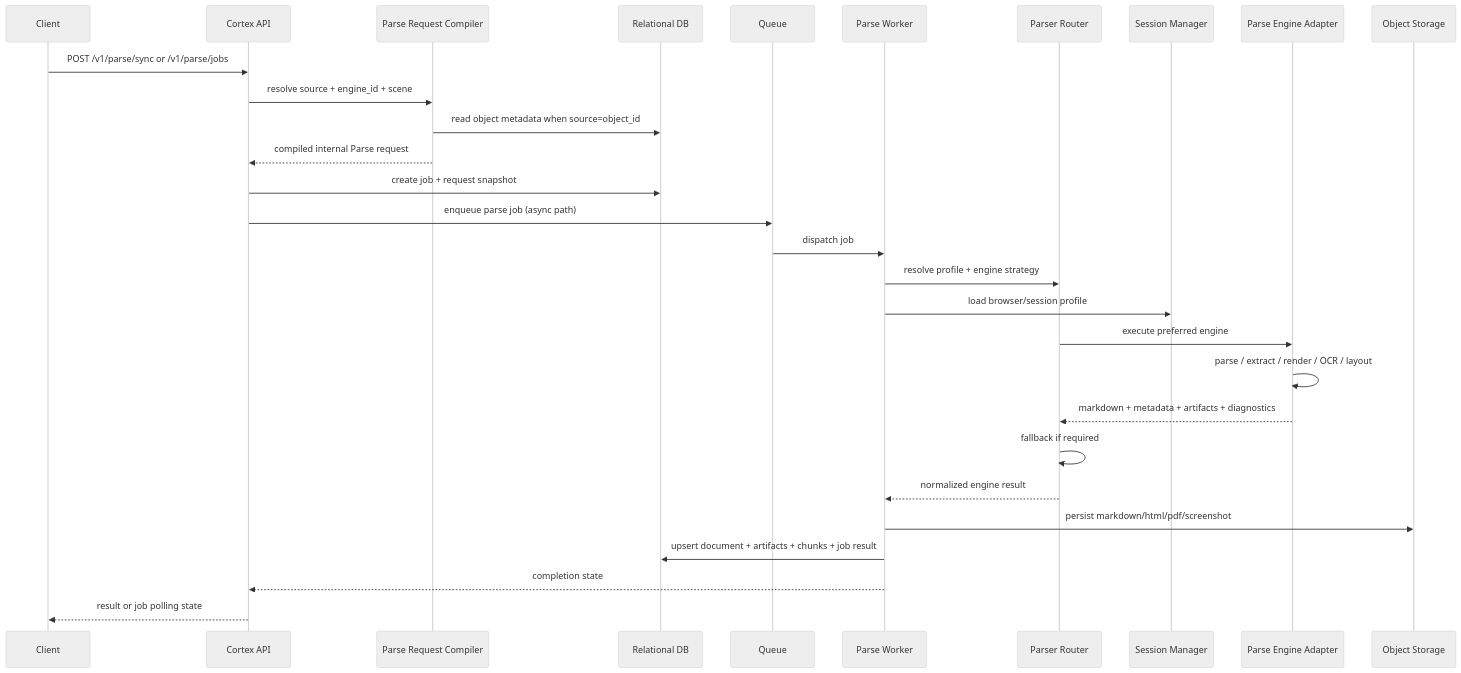
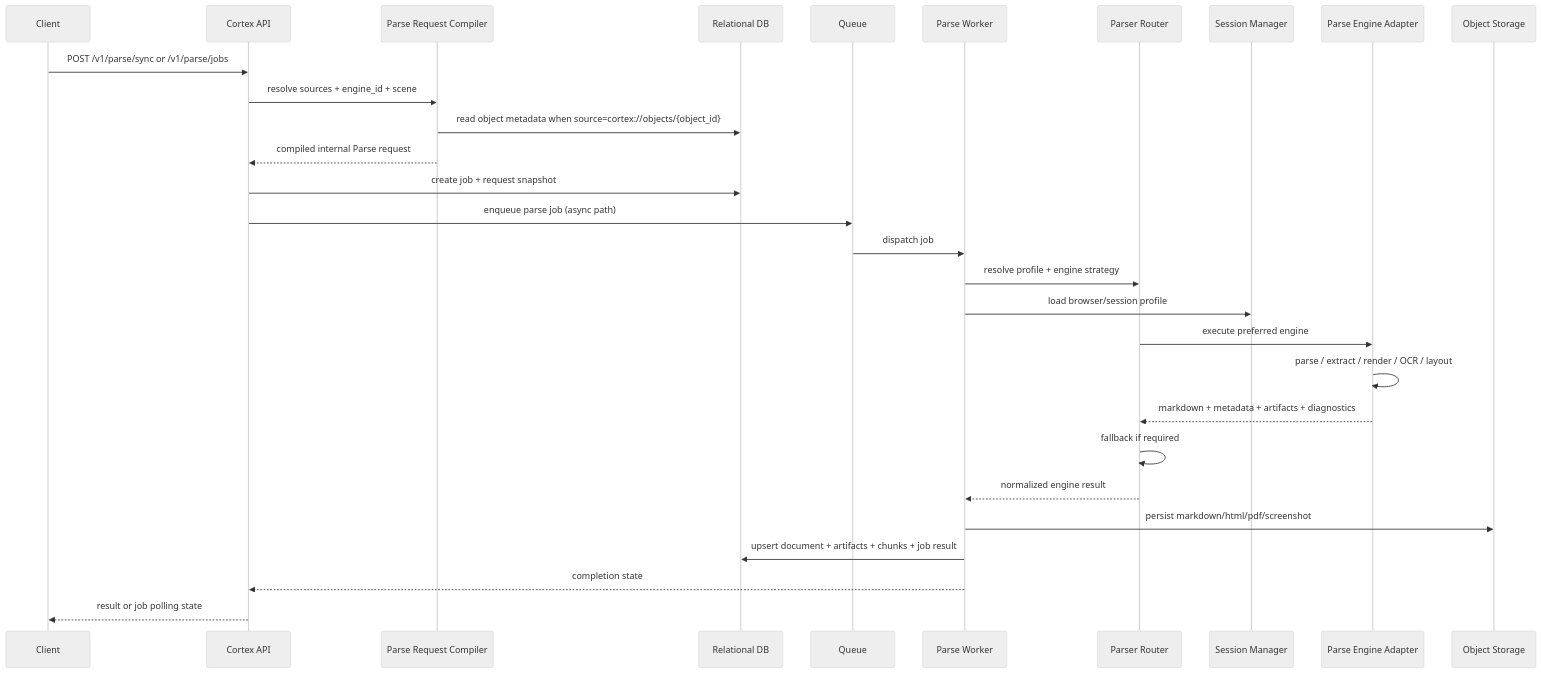
Before and after one commit to crabcanon/cortex: the fourth of 12 diagrams in specs/cortex-dfd.md, drawn with Mermaid (neutral theme). The commit also changed other lines of this file and 7 other files, not shown here.

````diff
--- a/specs/cortex-dfd.md
+++ b/specs/cortex-dfd.md
@@ -236,32 +236,32 @@
 ```mermaid
 sequenceDiagram
     participant C as Client
     participant A as Cortex API
     participant P as Parse Request Compiler
     participant DB as Relational DB
     participant Q as Queue
     participant W as Parse Worker
     participant R as Parser Router
     participant S as Session Manager
     participant E as Parse Engine Adapter
     participant O as Object Storage
 
     C->>A: POST /v1/parse/sync or /v1/parse/jobs
-    A->>P: resolve source + engine_id + scene
-    P->>DB: read object metadata when source=object_id
+    A->>P: resolve sources + engine_id + scene
+    P->>DB: read object metadata when source=cortex://objects/{object_id}
     P-->>A: compiled internal Parse request
     A->>DB: create job + request snapshot
     A->>Q: enqueue parse job (async path)
     Q->>W: dispatch job
     W->>R: resolve profile + engine strategy
     W->>S: load browser/session profile
     R->>E: execute preferred engine
     E->>E: parse / extract / render / OCR / layout
     E-->>R: markdown + metadata + artifacts + diagnostics
     R->>R: fallback if required
     R-->>W: normalized engine result
     W->>O: persist markdown/html/pdf/screenshot
     W->>DB: upsert document + artifacts + chunks + job result
     W-->>A: completion state
     A-->>C: result or job polling state
 ```
````
